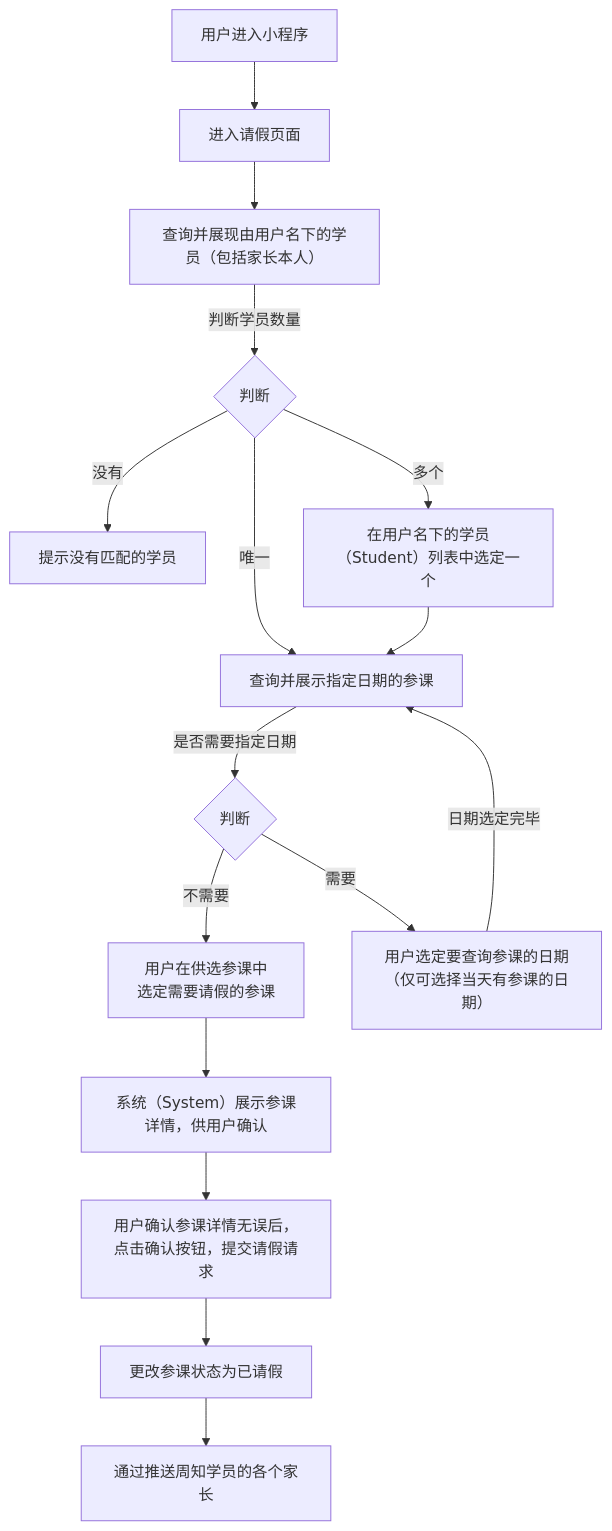
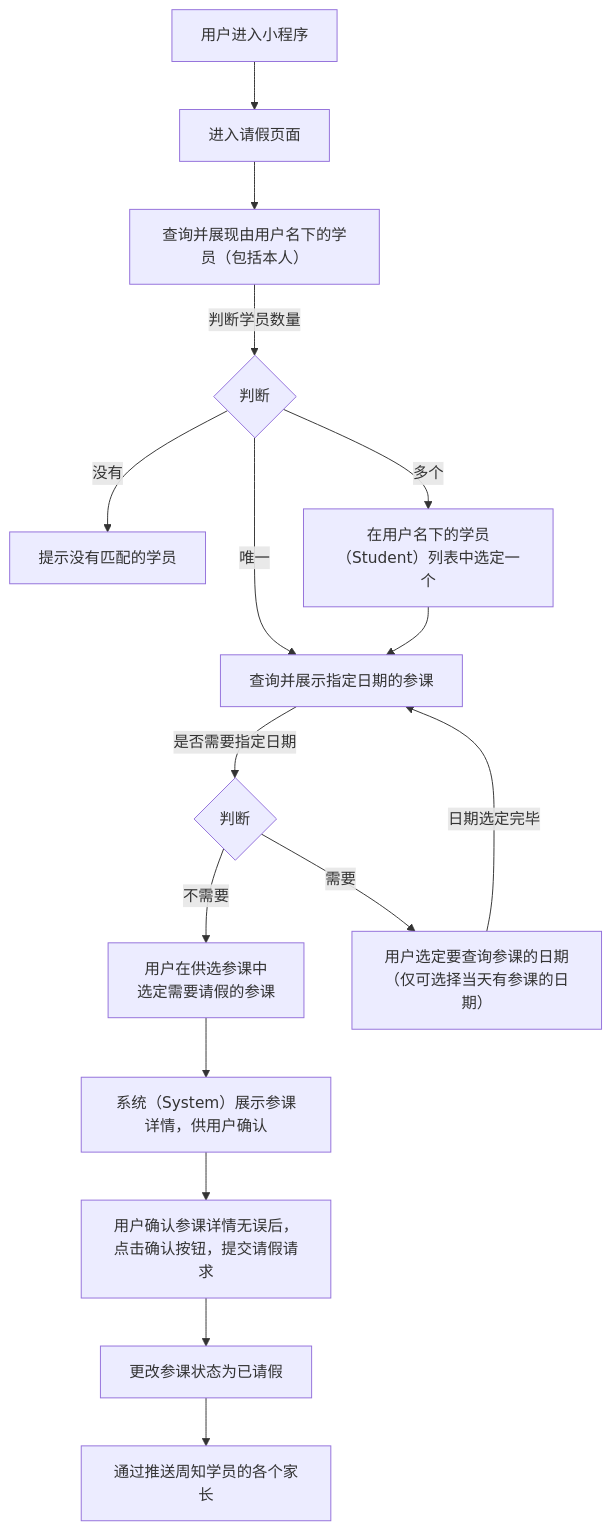
One commit to world-wide-web/sign changed the diagram in 用例/请假.md. Above: the diagram before and after it, drawn with Mermaid. The commit also changed other lines of this file, not shown here.

````diff
--- a/用例/请假.md
+++ b/用例/请假.md
@@ -7,52 +7,52 @@
 ```mermaid
 graph TD
 
 进入小程序-->进入请假页面
 
 进入请假页面-->查询并展现由用户名下的学员
 
 查询并展现由用户名下的学员--判断学员数量-->判断学员数量
 
 判断学员数量--没有-->提示没有匹配的学员
 
 判断学员数量--唯一-->查询并展示指定日期的参课
 
 判断学员数量--多个-->选定学员
 
 选定学员-->查询并展示指定日期的参课
 
 查询并展示指定日期的参课--是否需要指定日期-->决定是否需要指定日期
 
 决定是否需要指定日期--不需要-->选定参课
 
 决定是否需要指定日期--需要-->选定日期
 
 选定日期--日期选定完毕-->查询并展示指定日期的参课
 
 选定参课-->展示参课详情
 
 展示参课详情-->提交请假请求
 
 提交请假请求-->更改参课状态为已请假
 
 更改参课状态为已请假-->通过推送周知学员的各个家长
 
 进入小程序["<center>用户进入小程序</center>"]
 
-查询并展现由用户名下的学员["<center>查询并展现由用户名下的学员（包括家长本人）</center>"]
+查询并展现由用户名下的学员["<center>查询并展现由用户名下的学员（包括本人）</center>"]
 
 判断学员数量{"<center>判断</center>"}
 
 选定学员["<center>在用户名下的学员（Student）列表中选定一个</center>"]
 
 决定是否需要指定日期{"<center>判断</center>"}
 
 选定日期["<center>用户选定要查询参课的日期<br>（仅可选择当天有参课的日期）</center>"]
 
 选定参课["<center>用户在供选参课中<br>选定需要请假的参课</center>"]
 
 展示参课详情["<center>系统（System）展示参课详情，供用户确认</center>"]
 
 提交请假请求["<center>用户确认参课详情无误后，点击确认按钮，提交请假请求</center>"]
 
 ```
````
